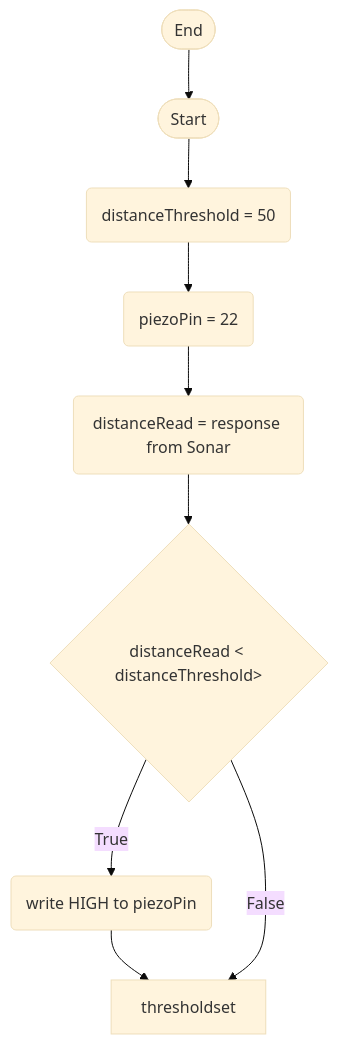
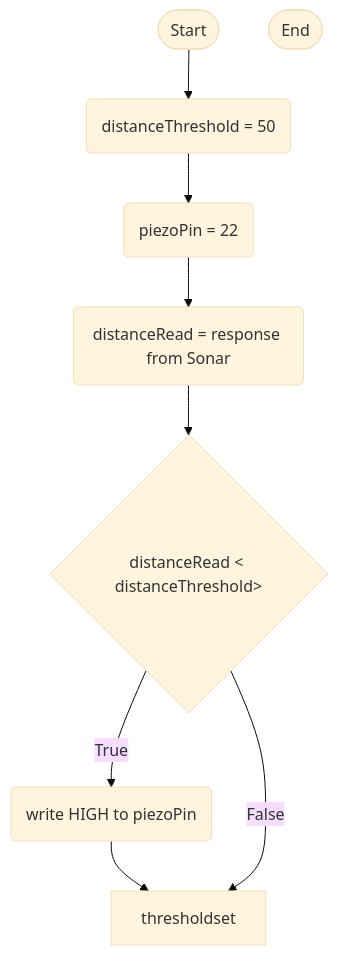
The diagram in logic.md (0717330/arduino-board-project), drawn with Mermaid (base theme) before and after one commit.

````diff
--- a/logic.md
+++ b/logic.md
@@ -1,21 +1,19 @@
 ```mermaid
 flowchart TD
 terminalStart([Start])
 terminalEnd([End])
 
 thresholdSet(distanceThreshold = 50)
 setPiezoPin(piezoPin = 22)
 currentDistanceReading(distanceRead = response from Sonar)
 activatePiezo(write HIGH to piezoPin)
 ifDistanceLessThanThreshold{distanceRead < distanceThreshold>}
 
 terminalStart --> thresholdSet
 thresholdSet --> setPiezoPin
 setPiezoPin --> currentDistanceReading
 currentDistanceReading --> ifDistanceLessThanThreshold
 ifDistanceLessThanThreshold --> |True| activatePiezo
 activatePiezo --> thresholdset
 ifDistanceLessThanThreshold ---> |False| thresholdset
-
-terminalEnd --> terminalStart
 ```
````
